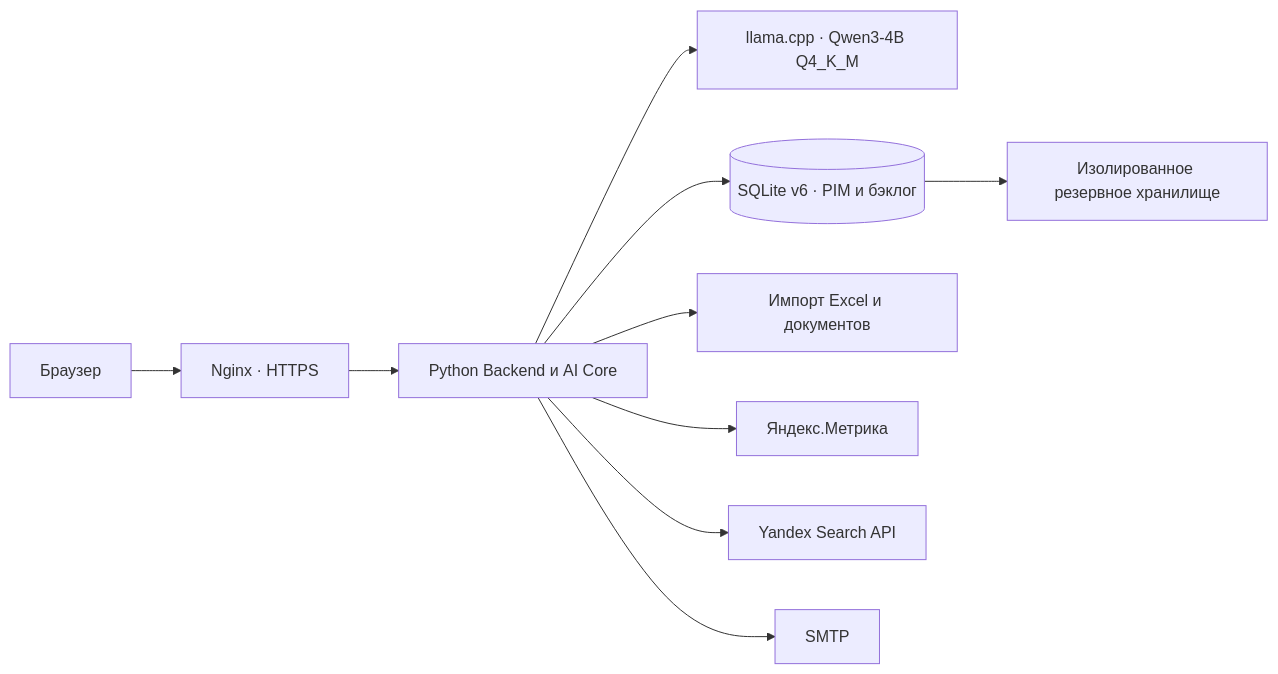
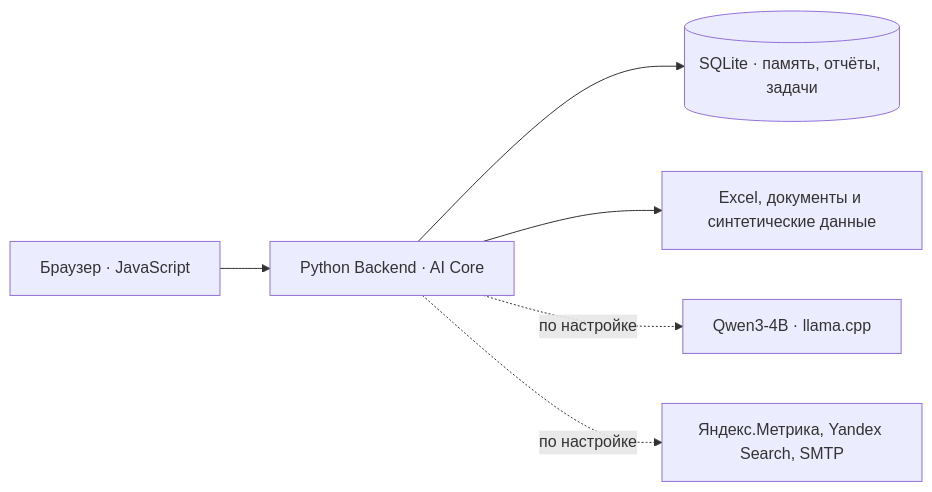
The diagram in README.md (GITKITLIT/SoftlineParadiigmaMGR), drawn with Mermaid before and after one commit. The commit also changed other lines of this file and 104 other files, not shown here.

````diff
--- a/README.md
+++ b/README.md
@@ -13,12 +60,8 @@
 ```mermaid
 flowchart LR
-    U[Браузер] --> N[Nginx · HTTPS]
-    N --> B[Python Backend и AI Core]
-    B --> Q[llama.cpp · Qwen3-4B Q4_K_M]
-    B --> P[(SQLite v6 · PIM и бэклог)]
-    B --> I[Импорт Excel и документов]
-    B --> M[Яндекс.Метрика]
-    B --> S[Yandex Search API]
-    B --> E[SMTP]
-    P --> V[Изолированное резервное хранилище]
+    Web["Браузер · JavaScript"] --> Core["Python Backend · AI Core"]
+    Core --> State[("SQLite · память, отчёты, задачи")]
+    Core --> Input["Excel, документы и синтетические данные"]
+    Core -. по настройке .-> Qwen["Qwen3-4B · llama.cpp"]
+    Core -. по настройке .-> External["Яндекс.Метрика, Yandex Search, SMTP"]
 ```
````
